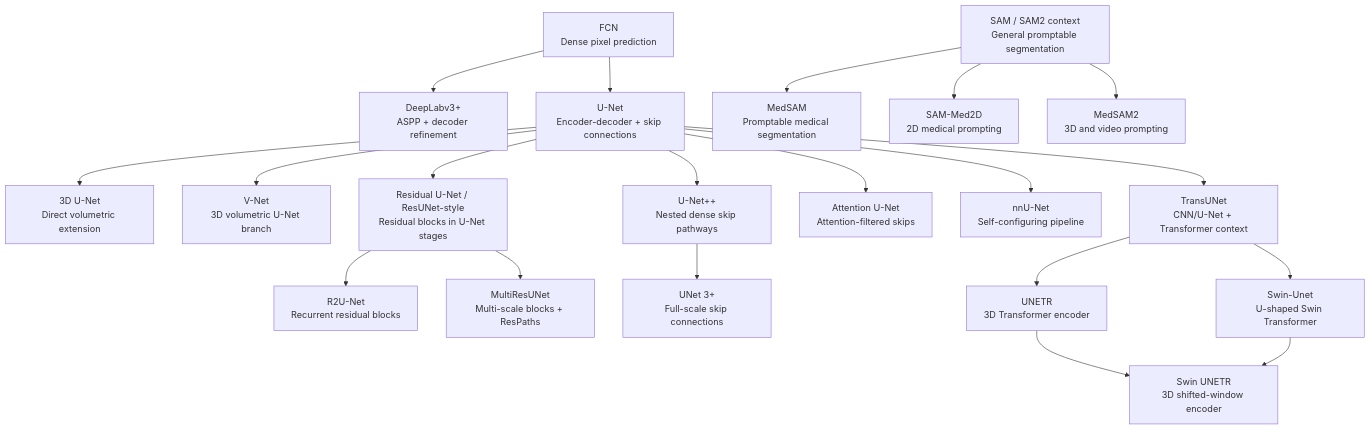
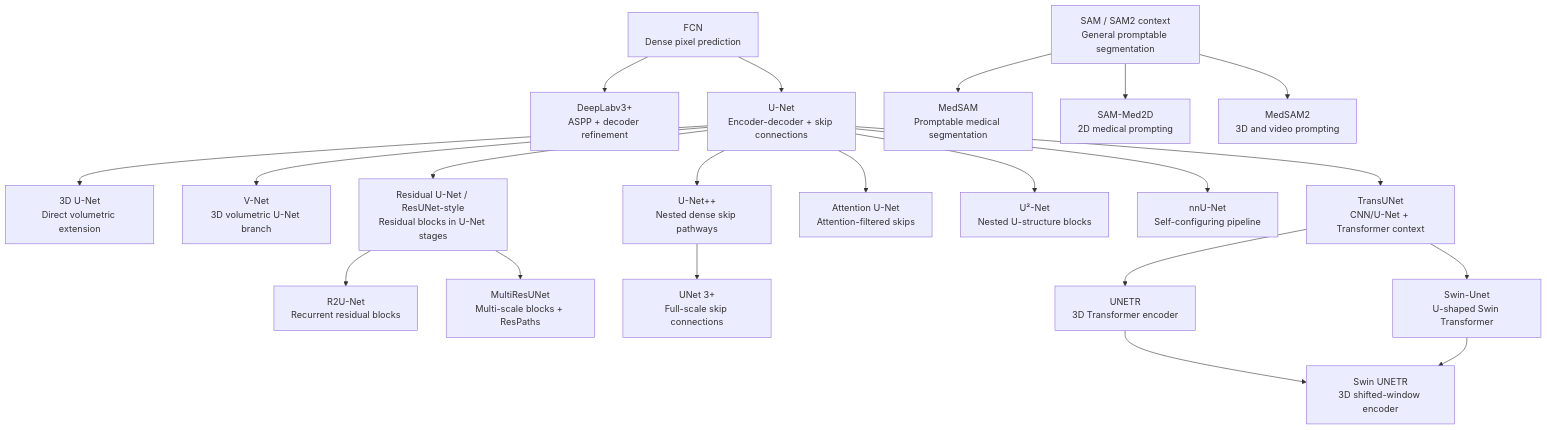
One commit to LeonSilva15/medical-image-segmentation-architectures changed the diagram in docs/evolution/lineage.md. Above: the diagram before and after it, drawn with Mermaid. The commit also changed other lines of this file and 7 other files, not shown here.

Commit message:
docs(architectures): add u2-net reference entry

````diff
--- a/docs/evolution/lineage.md
+++ b/docs/evolution/lineage.md
@@ -7,43 +7,45 @@
 ```mermaid
 graph TD
     FCN["FCN<br/>Dense pixel prediction"]
     DeepLabV3Plus["DeepLabv3+<br/>ASPP + decoder refinement"]
     UNet["U-Net<br/>Encoder-decoder + skip connections"]
     UNet3D["3D U-Net<br/>Direct volumetric extension"]
     VNet["V-Net<br/>3D volumetric U-Net branch"]
     ResUNetStyle["Residual U-Net / ResUNet-style<br/>Residual blocks in U-Net stages"]
     R2UNet["R2U-Net<br/>Recurrent residual blocks"]
     MultiResUNet["MultiResUNet<br/>Multi-scale blocks + ResPaths"]
     UNetPP["U-Net++<br/>Nested dense skip pathways"]
     UNet3Plus["UNet 3+<br/>Full-scale skip connections"]
     AttUNet["Attention U-Net<br/>Attention-filtered skips"]
+    U2Net["U²-Net<br/>Nested U-structure blocks"]
     nnUNet["nnU-Net<br/>Self-configuring pipeline"]
     TransUNet["TransUNet<br/>CNN/U-Net + Transformer context"]
     SwinUnet["Swin-Unet<br/>U-shaped Swin Transformer"]
     UNETR["UNETR<br/>3D Transformer encoder"]
     SwinUNETR["Swin UNETR<br/>3D shifted-window encoder"]
     SAMRoot["SAM / SAM2 context<br/>General promptable segmentation"]
     MedSAM["MedSAM<br/>Promptable medical segmentation"]
     SAMMed2D["SAM-Med2D<br/>2D medical prompting"]
     MedSAM2["MedSAM2<br/>3D and video prompting"]
 
     FCN --> UNet
     FCN --> DeepLabV3Plus
     UNet --> UNet3D
     UNet --> VNet
     UNet --> ResUNetStyle
     UNet --> UNetPP
     UNet --> AttUNet
+    UNet --> U2Net
     UNet --> nnUNet
     UNet --> TransUNet
     ResUNetStyle --> R2UNet
     ResUNetStyle --> MultiResUNet
     UNetPP --> UNet3Plus
     TransUNet --> SwinUnet
     TransUNet --> UNETR
     UNETR --> SwinUNETR
     SwinUnet --> SwinUNETR
     SAMRoot --> MedSAM
     SAMRoot --> SAMMed2D
     SAMRoot --> MedSAM2
 ```
````
